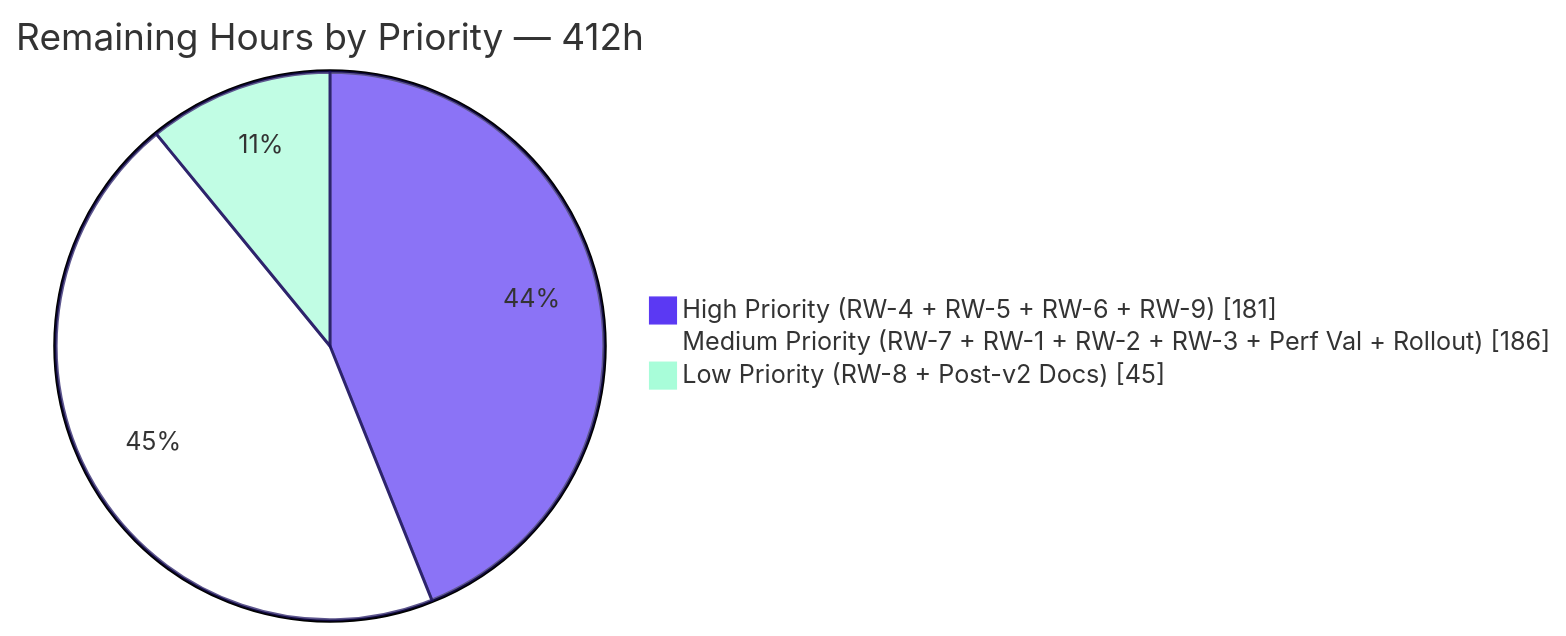
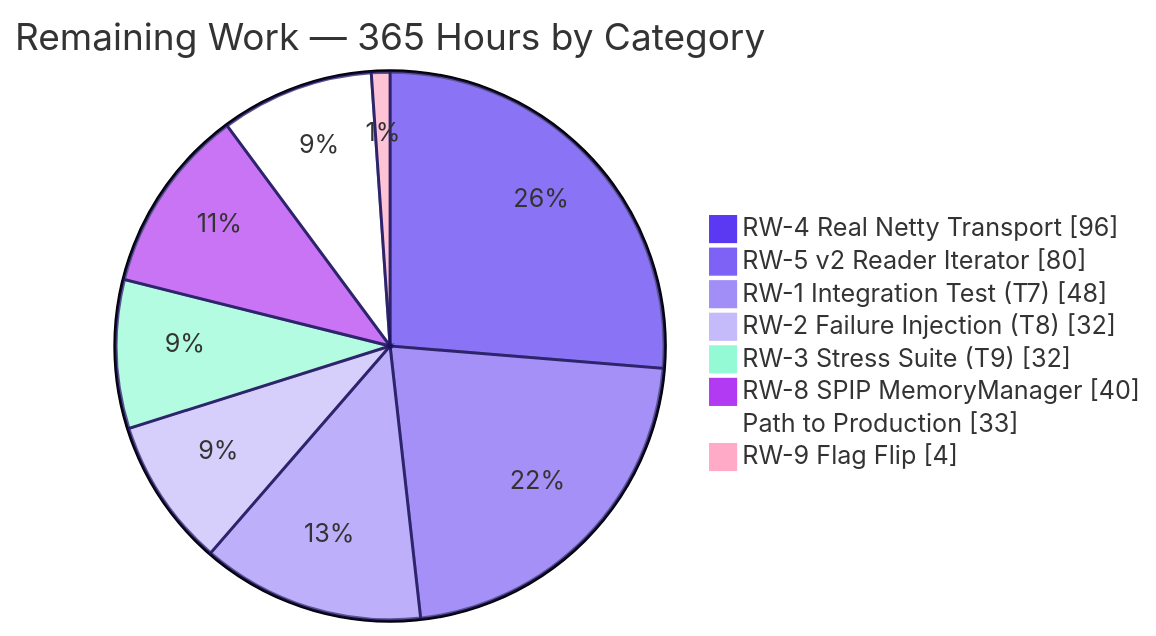
The third of 3 diagrams in blitzy/documentation/Project Guide.md (Blitzy-Sandbox/blitzy-spark), drawn with Mermaid before and after one commit. The commit also changed other lines of this file, not shown here.

Commit message:
Adding Blitzy Project Guide: Project Status and Human Tasks Remaining

````diff
--- a/blitzy/documentation/Project Guide.md
+++ b/blitzy/documentation/Project Guide.md
@@ -293,7 +287,13 @@
 ```mermaid
-%%{init: {'theme':'base', 'themeVariables': { 'pie1': '#5B39F3', 'pie2': '#FFFFFF', 'pie3': '#A8FDD9', 'pieStrokeColor': '#1A105F'}}}%%
-pie showData title Remaining Hours by Priority — 412h
-    "High Priority (RW-4 + RW-5 + RW-6 + RW-9)" : 181
-    "Medium Priority (RW-7 + RW-1 + RW-2 + RW-3 + Perf Val + Rollout)" : 186
-    "Low Priority (RW-8 + Post-v2 Docs)" : 45
+%%{init: {'theme':'base', 'themeVariables': {'pie1':'#5B39F3', 'pie2':'#7E62F5', 'pie3':'#A28EF7', 'pie4':'#C5BAFA', 'pie5':'#94FAD5', 'pie6':'#B23AF2', 'pie7':'#FFFFFF', 'pieStrokeColor':'#1A105F'}}}%%
+pie showData
+    title Remaining Work — 365 Hours by Category
+    "RW-4 Real Netty Transport" : 96
+    "RW-5 v2 Reader Iterator" : 80
+    "RW-1 Integration Test (T7)" : 48
+    "RW-2 Failure Injection (T8)" : 32
+    "RW-3 Stress Suite (T9)" : 32
+    "RW-8 SPIP MemoryManager" : 40
+    "Path to Production" : 33
+    "RW-9 Flag Flip" : 4
 ```
````
